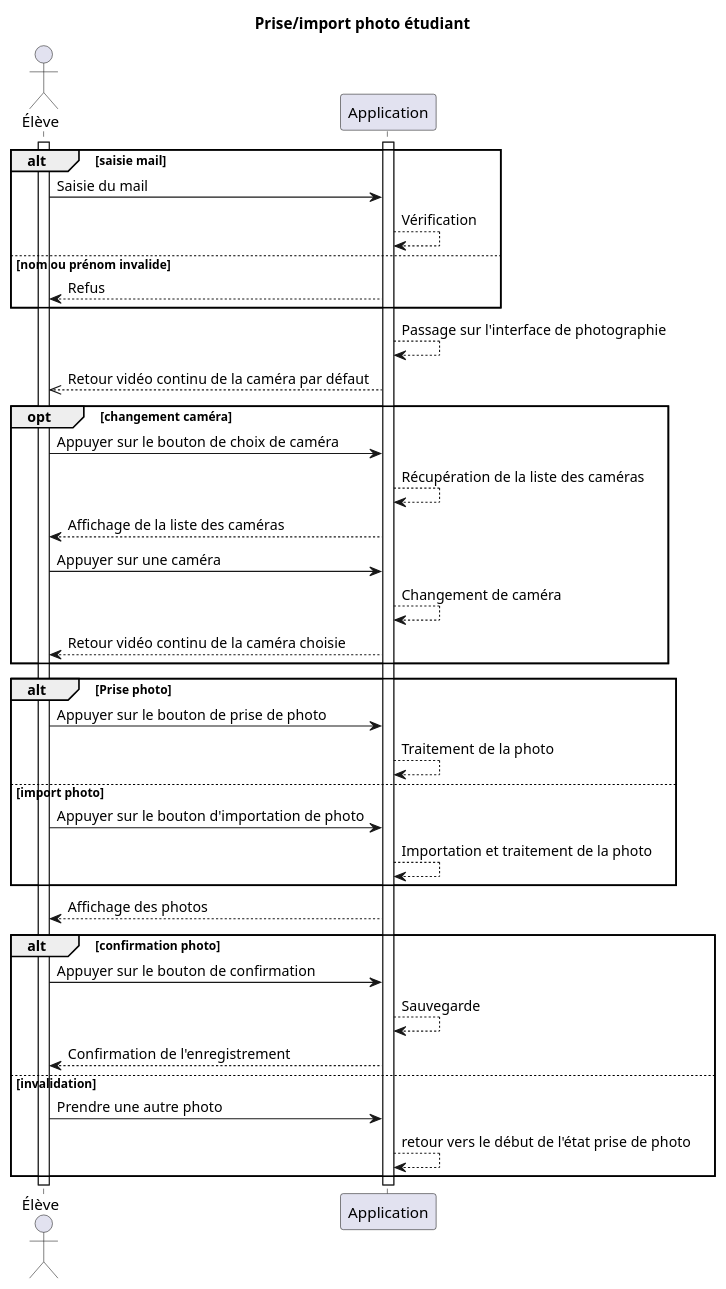
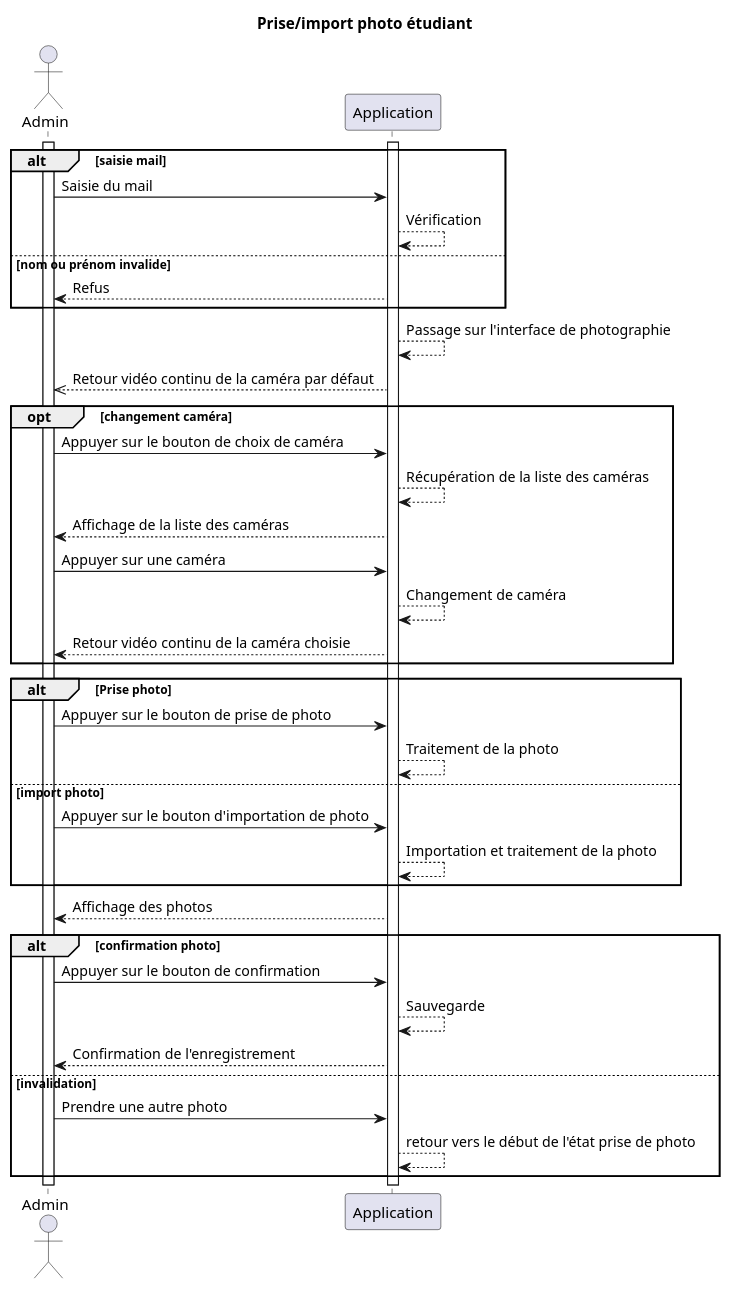
Before and after one commit to pandadorable/Trombinoscope: the diagram in Diagrammes/use_cases/use_case_etudiant_prend_photo.wsd, drawn with PlantUML. The commit also changed 2 other files, not shown here.

```diff
--- a/Diagrammes/use_cases/use_case_etudiant_prend_photo.wsd
+++ b/Diagrammes/use_cases/use_case_etudiant_prend_photo.wsd
@@ -1,42 +1,42 @@
 @startuml etudiant_prend_photo
 title Prise/import photo étudiant
-actor Élève
-activate Élève
+actor Admin
+activate Admin
 activate Application
 alt saisie mail
-     Élève-> Application: Saisie du mail
+     Admin-> Application: Saisie du mail
      Application--> Application : Vérification
 else nom ou prénom invalide
-     Application--> Élève: Refus
+     Application--> Admin: Refus
 end
 
 Application--> Application : Passage sur l'interface de photographie
-Application-->> Élève: Retour vidéo continu de la caméra par défaut
+Application-->> Admin: Retour vidéo continu de la caméra par défaut
 
 opt changement caméra
-     Élève-> Application: Appuyer sur le bouton de choix de caméra
+     Admin-> Application: Appuyer sur le bouton de choix de caméra
      Application--> Application : Récupération de la liste des caméras
-     Application--> Élève: Affichage de la liste des caméras
-     Élève-> Application: Appuyer sur une caméra
+     Application--> Admin: Affichage de la liste des caméras
+     Admin-> Application: Appuyer sur une caméra
      Application--> Application : Changement de caméra
-     Application--> Élève: Retour vidéo continu de la caméra choisie
+     Application--> Admin: Retour vidéo continu de la caméra choisie
 end
 
 alt Prise photo
-     Élève-> Application: Appuyer sur le bouton de prise de photo
+     Admin-> Application: Appuyer sur le bouton de prise de photo
      Application--> Application : Traitement de la photo
 else import photo
-     Élève-> Application: Appuyer sur le bouton d'importation de photo
+     Admin-> Application: Appuyer sur le bouton d'importation de photo
      Application--> Application : Importation et traitement de la photo
 end
-Application--> Élève: Affichage des photos
+Application--> Admin: Affichage des photos
 
 alt confirmation photo
-     Élève-> Application: Appuyer sur le bouton de confirmation
+     Admin-> Application: Appuyer sur le bouton de confirmation
      Application--> Application : Sauvegarde
-     Application--> Élève: Confirmation de l'enregistrement
+     Application--> Admin: Confirmation de l'enregistrement
 else invalidation
-     Élève-> Application: Prendre une autre photo
+     Admin-> Application: Prendre une autre photo
      Application--> Application : retour vers le début de l'état prise de photo
 end
 @enduml
```
